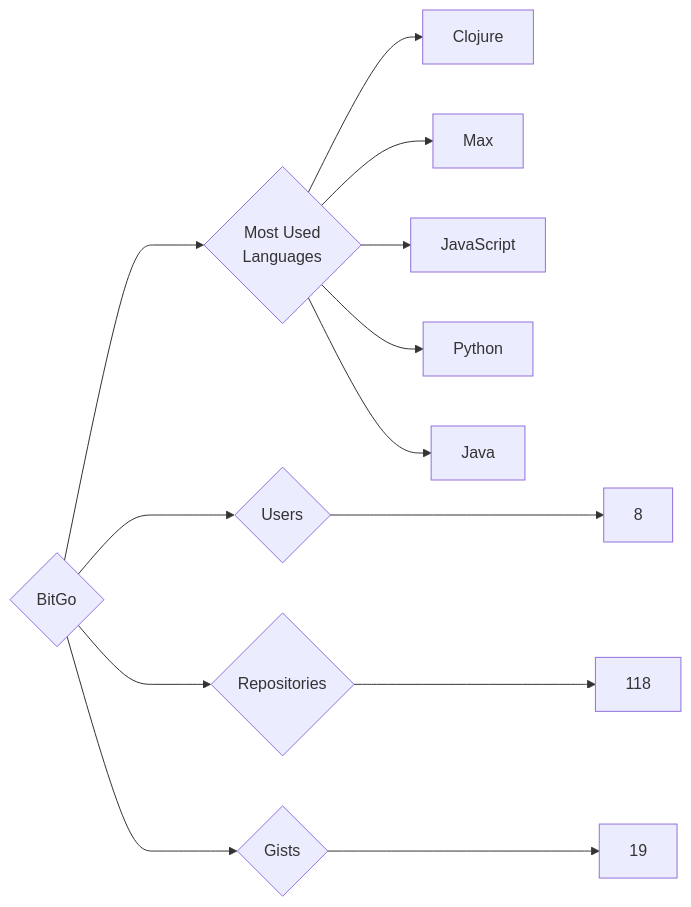
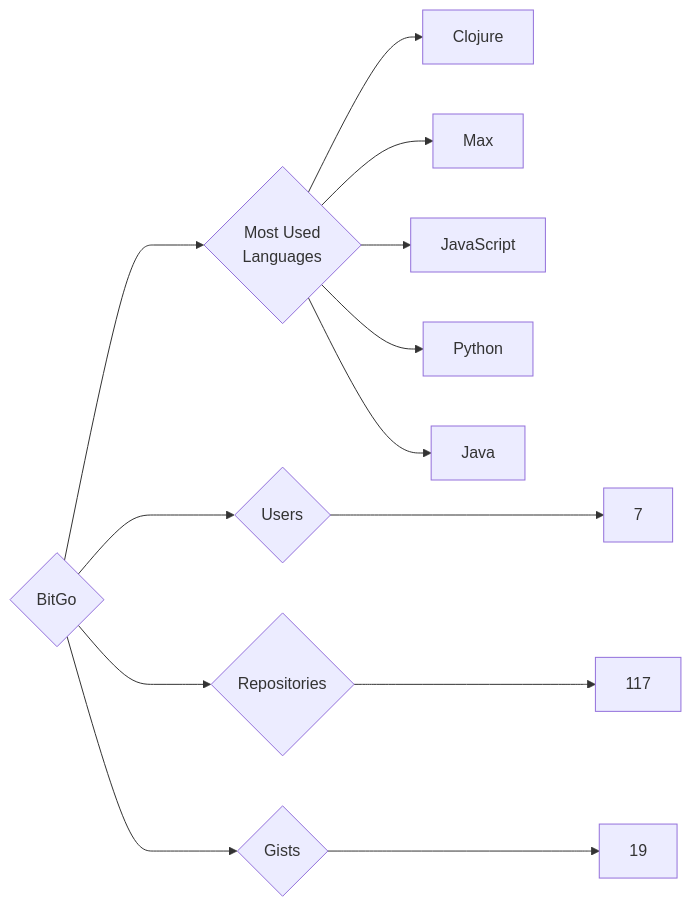
The diagram in targets/BitGo/README.md (trickest/insiders), drawn with Mermaid before and after one commit. The commit also changed 1020 other files, not shown here.

````diff
--- a/targets/BitGo/README.md
+++ b/targets/BitGo/README.md
@@ -3,13 +3,13 @@
 ```mermaid
 graph LR
 COMPANY_NAME{BitGo}
-COMPANY_NAME ---> U{Users} ---> UN[8]
-COMPANY_NAME ---> R{Repositories} ---> RN[118]
+COMPANY_NAME ---> U{Users} ---> UN[7]
+COMPANY_NAME ---> R{Repositories} ---> RN[117]
 COMPANY_NAME ---> G{Gists} ---> GN[19]
 COMPANY_NAME ---> ML{Most Used<br>Languages}
 ML --> Clojure[Clojure]
 ML --> Max[Max]
 ML --> JavaScript[JavaScript]
 ML --> Python[Python]
 ML --> Java[Java]
 ```
````
